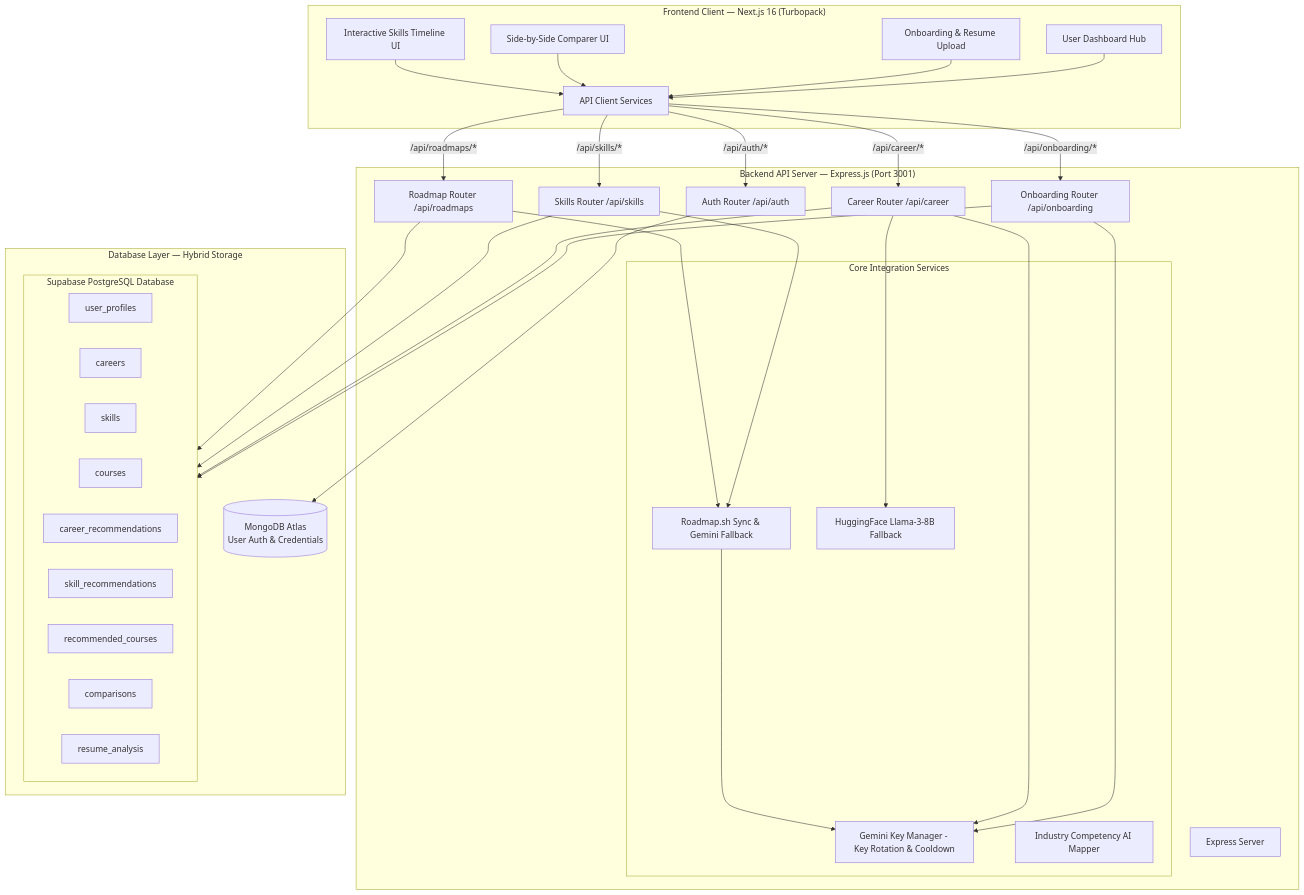
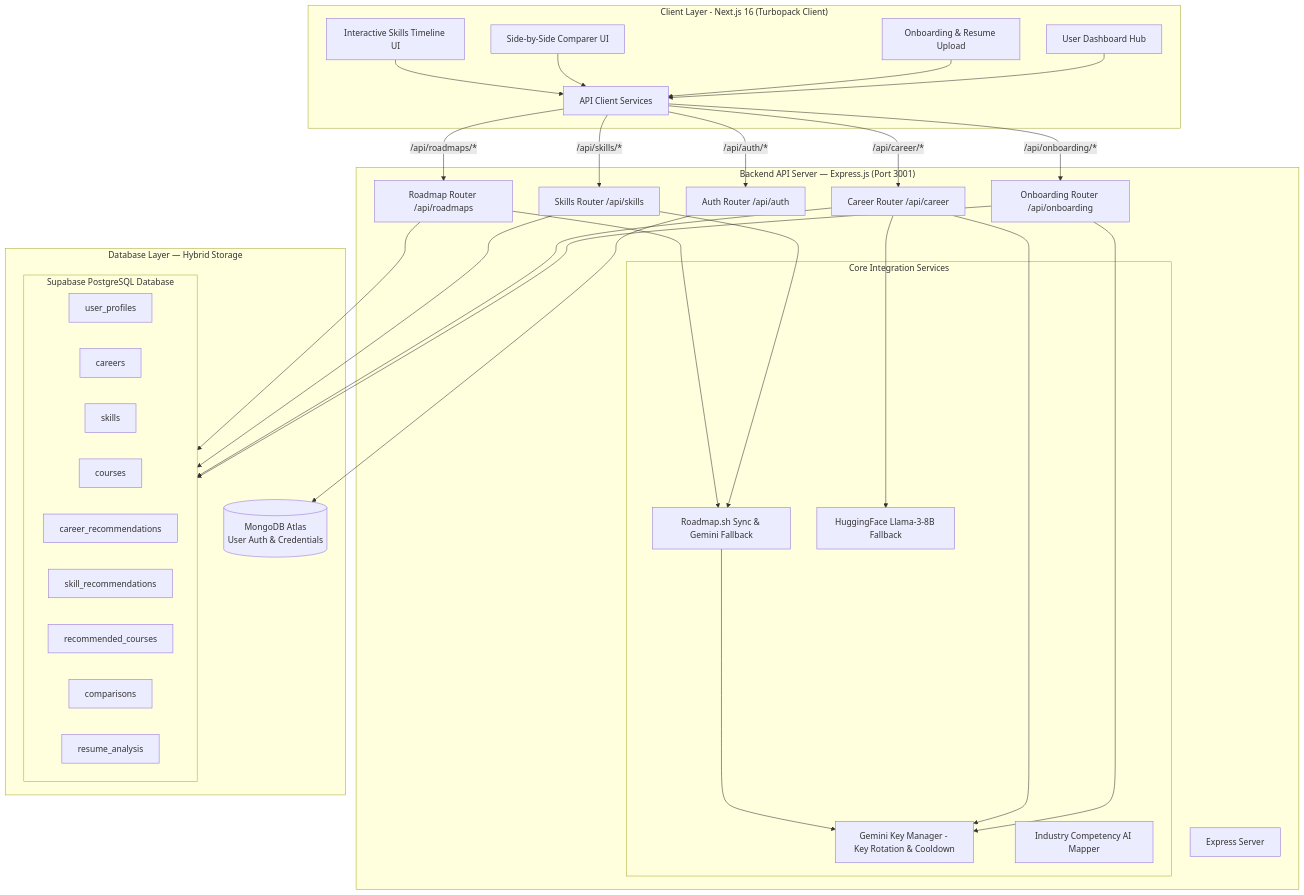
The first of 12 diagrams in README.md (DHARANIVIP/Team-8), drawn with Mermaid before and after one commit. The commit also changed other lines of this file, not shown here.

````diff
--- a/README.md
+++ b/README.md
@@ -11,65 +64,65 @@
 ```mermaid
 graph TD
-    subgraph Client["Frontend Client — Next.js 16 (Turbopack)"]
+    subgraph CLIENT["Client Layer - Next.js 16 (Turbopack Client)"]
         UI[User Dashboard Hub]
         OnbForm[Onboarding & Resume Upload]
         CompPage[Side-by-Side Comparer UI]
         SkillsPage[Interactive Skills Timeline UI]
         Fetch[API Client Services]
     end
 
     subgraph API["Backend API Server — Express.js (Port 3001)"]
         Server[Express Server]
         AuthRouter[Auth Router /api/auth]
         OnbRouter[Onboarding Router /api/onboarding]
         CareerRouter[Career Router /api/career]
         SkillsRouter[Skills Router /api/skills]
         RoadmapRouter[Roadmap Router /api/roadmaps]
         
         subgraph Services["Core Integration Services"]
             KeyMgr[Gemini Key Manager - Key Rotation & Cooldown]
             OnetGemini[Industry Competency AI Mapper]
             RoadmapSync[Roadmap.sh Sync & Gemini Fallback]
             HFService[HuggingFace Llama-3-8B Fallback]
         end
     end
 
     subgraph Storage["Database Layer — Hybrid Storage"]
         MongoDB[(MongoDB Atlas\nUser Auth & Credentials)]
         subgraph SupabaseSchema["Supabase PostgreSQL Database"]
             UP[user_profiles]
             Car[careers]
             Sk[skills]
             Co[courses]
             CR[career_recommendations]
             SR[skill_recommendations]
             RC[recommended_courses]
             Comp[comparisons]
             ResAna[resume_analysis]
         end
     end
 
     UI --> Fetch
     OnbForm --> Fetch
     CompPage --> Fetch
     SkillsPage --> Fetch
 
     Fetch -->|"/api/auth/*"| AuthRouter
     Fetch -->|"/api/onboarding/*"| OnbRouter
     Fetch -->|"/api/career/*"| CareerRouter
     Fetch -->|"/api/skills/*"| SkillsRouter
     Fetch -->|"/api/roadmaps/*"| RoadmapRouter
 
     AuthRouter --> MongoDB
     OnbRouter --> SupabaseSchema
     CareerRouter --> SupabaseSchema
     SkillsRouter --> SupabaseSchema
     RoadmapRouter --> SupabaseSchema
 
     OnbRouter --> KeyMgr
     CareerRouter --> KeyMgr
     CareerRouter --> HFService
     SkillsRouter --> RoadmapSync
     RoadmapRouter --> RoadmapSync
     RoadmapSync --> KeyMgr
 ```
````
